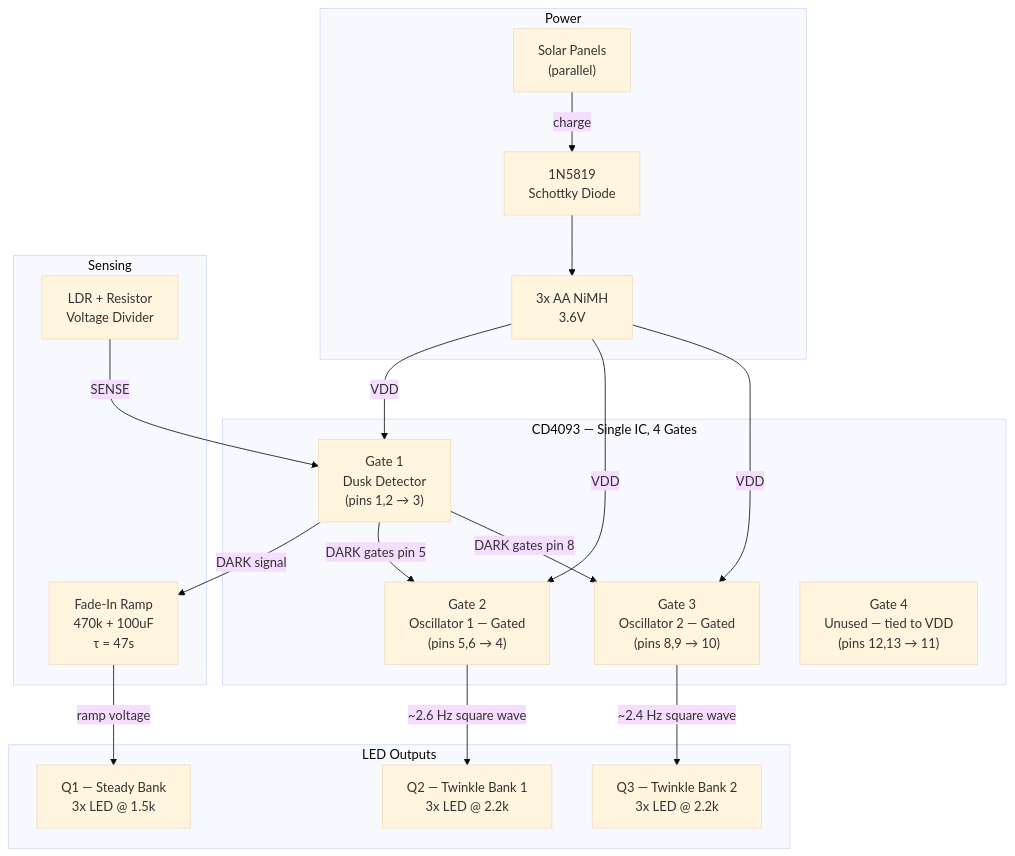
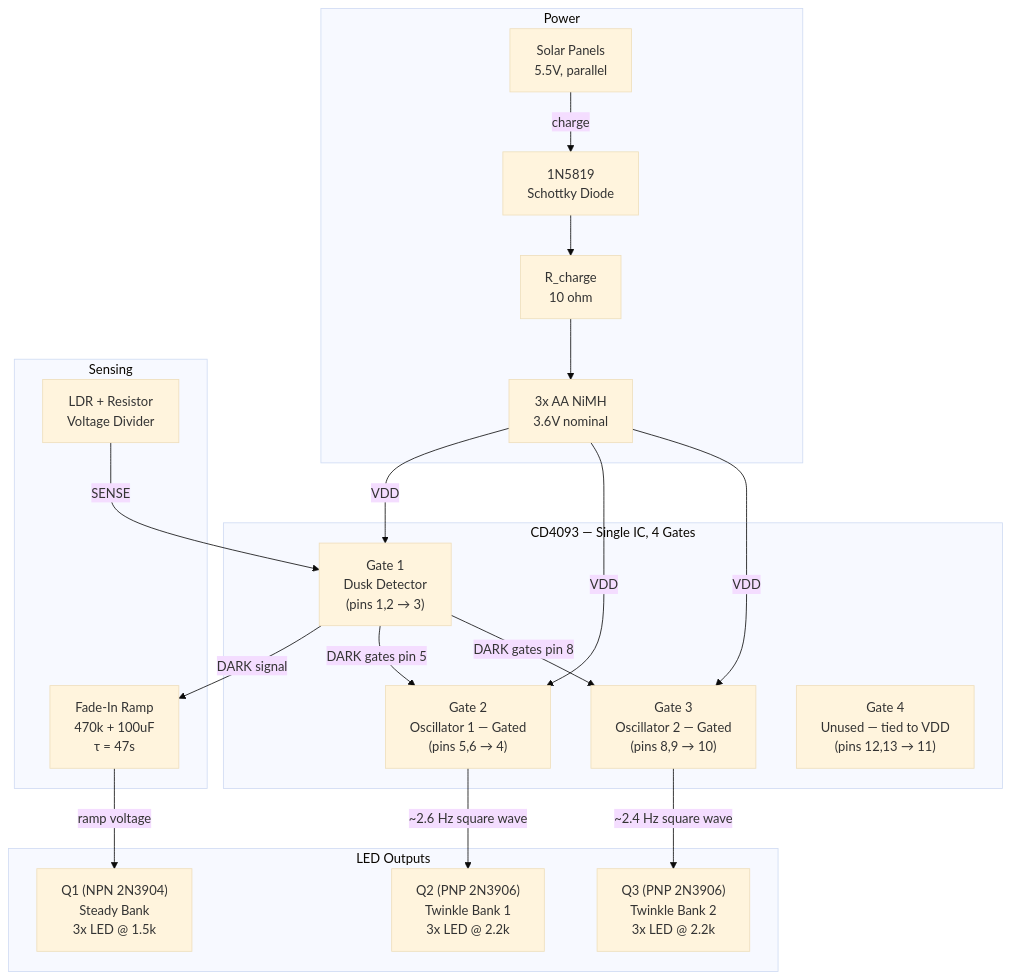
Before and after one commit to dirq/DiamondMineShimmerCircuit: the first of 2 diagrams in Corrected/README.md, drawn with Mermaid (base theme). The commit also changed other lines of this file and 22 other files, not shown here.

````diff
--- a/Corrected/README.md
+++ b/Corrected/README.md
@@ -19,38 +24,39 @@
 ```mermaid
 graph TD
     subgraph Power
-        SOLAR["Solar Panels<br/>(parallel)"]
+        SOLAR["Solar Panels<br/>5.5V, parallel"]
         D1["1N5819<br/>Schottky Diode"]
-        BAT["3x AA NiMH<br/>3.6V"]
-        SOLAR -->|"charge"| D1 --> BAT
+        RC["R_charge<br/>10 ohm"]
+        BAT["3x AA NiMH<br/>3.6V nominal"]
+        SOLAR -->|"charge"| D1 --> RC --> BAT
     end
 
     subgraph "CD4093 — Single IC, 4 Gates"
         G1["Gate 1<br/>Dusk Detector<br/>(pins 1,2 → 3)"]
         G2["Gate 2<br/>Oscillator 1 — Gated<br/>(pins 5,6 → 4)"]
         G3["Gate 3<br/>Oscillator 2 — Gated<br/>(pins 8,9 → 10)"]
         G4["Gate 4<br/>Unused — tied to VDD<br/>(pins 12,13 → 11)"]
     end
 
     subgraph Sensing
         LDR["LDR + Resistor<br/>Voltage Divider"]
         FADE["Fade-In Ramp<br/>470k + 100uF<br/>τ = 47s"]
     end
 
     subgraph "LED Outputs"
-        Q1["Q1 — Steady Bank<br/>3x LED @ 1.5k"]
-        Q2["Q2 — Twinkle Bank 1<br/>3x LED @ 2.2k"]
-        Q3["Q3 — Twinkle Bank 2<br/>3x LED @ 2.2k"]
+        Q1["Q1 (NPN 2N3904)<br/>Steady Bank<br/>3x LED @ 1.5k"]
+        Q2["Q2 (PNP 2N3906)<br/>Twinkle Bank 1<br/>3x LED @ 2.2k"]
+        Q3["Q3 (PNP 2N3906)<br/>Twinkle Bank 2<br/>3x LED @ 2.2k"]
     end
 
     BAT -->|"VDD"| G1
     BAT -->|"VDD"| G2
     BAT -->|"VDD"| G3
     LDR -->|"SENSE"| G1
     G1 -->|"DARK signal"| FADE
     G1 -->|"DARK gates pin 5"| G2
     G1 -->|"DARK gates pin 8"| G3
     FADE -->|"ramp voltage"| Q1
     G2 -->|"~2.6 Hz square wave"| Q2
     G3 -->|"~2.4 Hz square wave"| Q3
 ```
````
